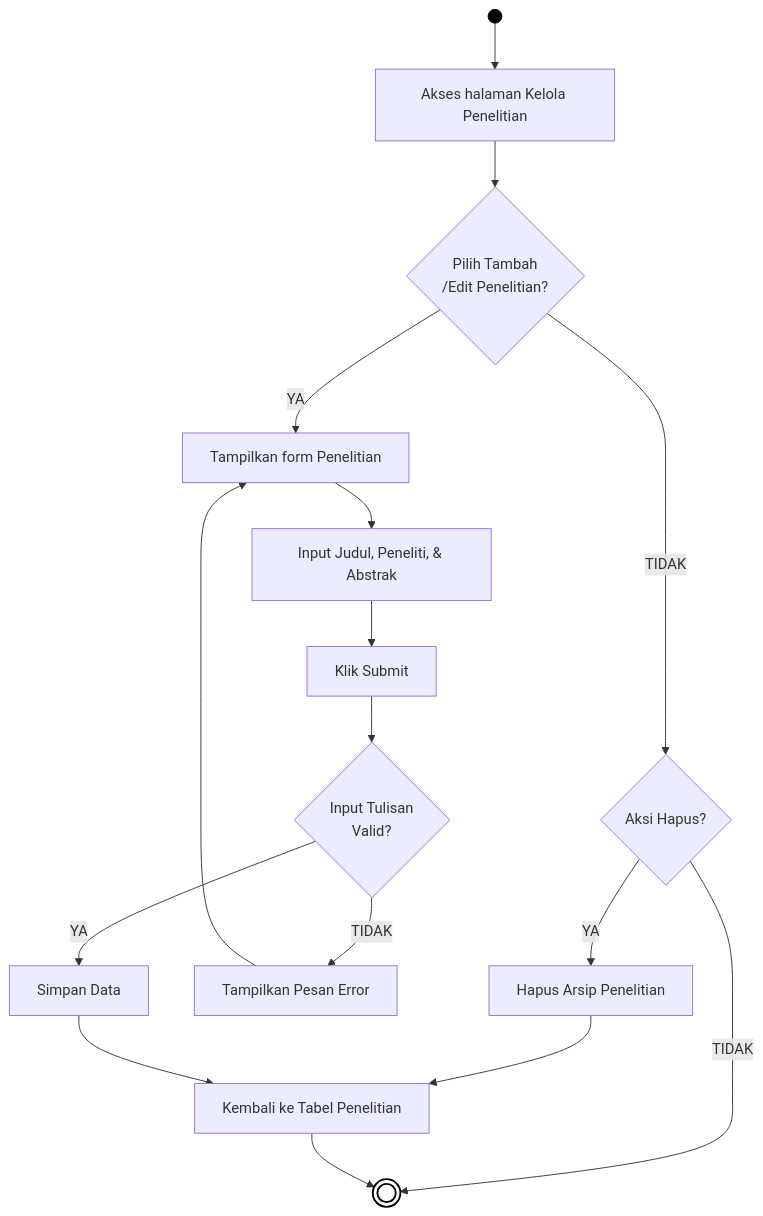
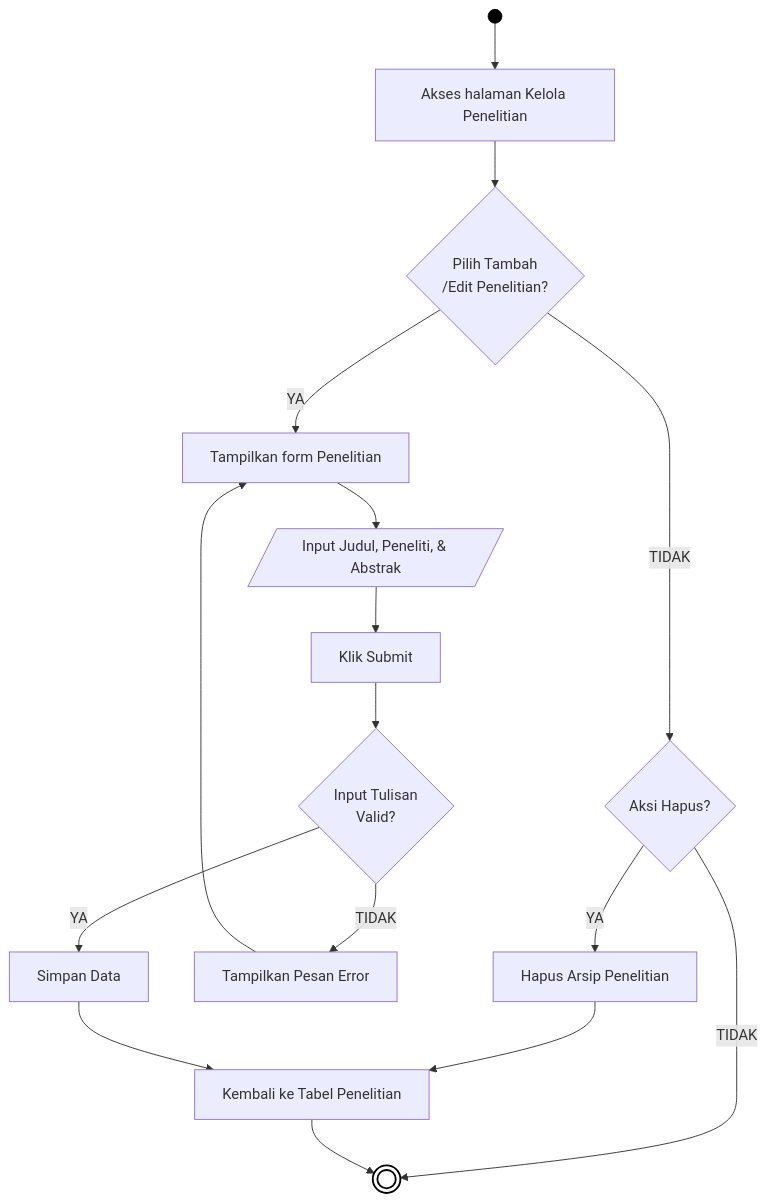
One commit to arbain-dev/Web_fikom changed diagram 15 of 21 in docs/01_DIAGRAM_AKTIVITAS.md. Above: the diagram before and after it, drawn with Mermaid. The commit also changed other lines of this file and 2 other files, not shown here.

Commit message:
docs: perbaiki bentuk IO pada flowchart

````diff
--- a/docs/01_DIAGRAM_AKTIVITAS.md
+++ b/docs/01_DIAGRAM_AKTIVITAS.md
@@ -494,26 +494,26 @@
 ```mermaid
 flowchart TD
     Start(( )) --> A[Akses halaman Kelola Penelitian]
     
     A --> B{Pilih Tambah\n/Edit Penelitian?}
     
     B -- TIDAK --> Hapus{Aksi Hapus?}
     Hapus -- YA --> HC[Hapus Arsip Penelitian]
     Hapus -- TIDAK --> End((( )))
     HC --> I[Kembali ke Tabel Penelitian]
     
     B -- YA --> C[Tampilkan form Penelitian]
-    C --> D[Input Judul, Peneliti, & Abstrak]
+    C --> D[/Input Judul, Peneliti, & Abstrak/]
     D --> E[Klik Submit]
     
     E --> F{Input Tulisan\nValid?}
     F -- TIDAK --> G[Tampilkan Pesan Error]
     G --> C
     
     F -- YA --> H[Simpan Data]
     H --> I
     I --> End
     
     style Start fill:#000,stroke:#000,color:#000
     style End fill:#fff,stroke:#000,stroke-width:2px
 ```
````
